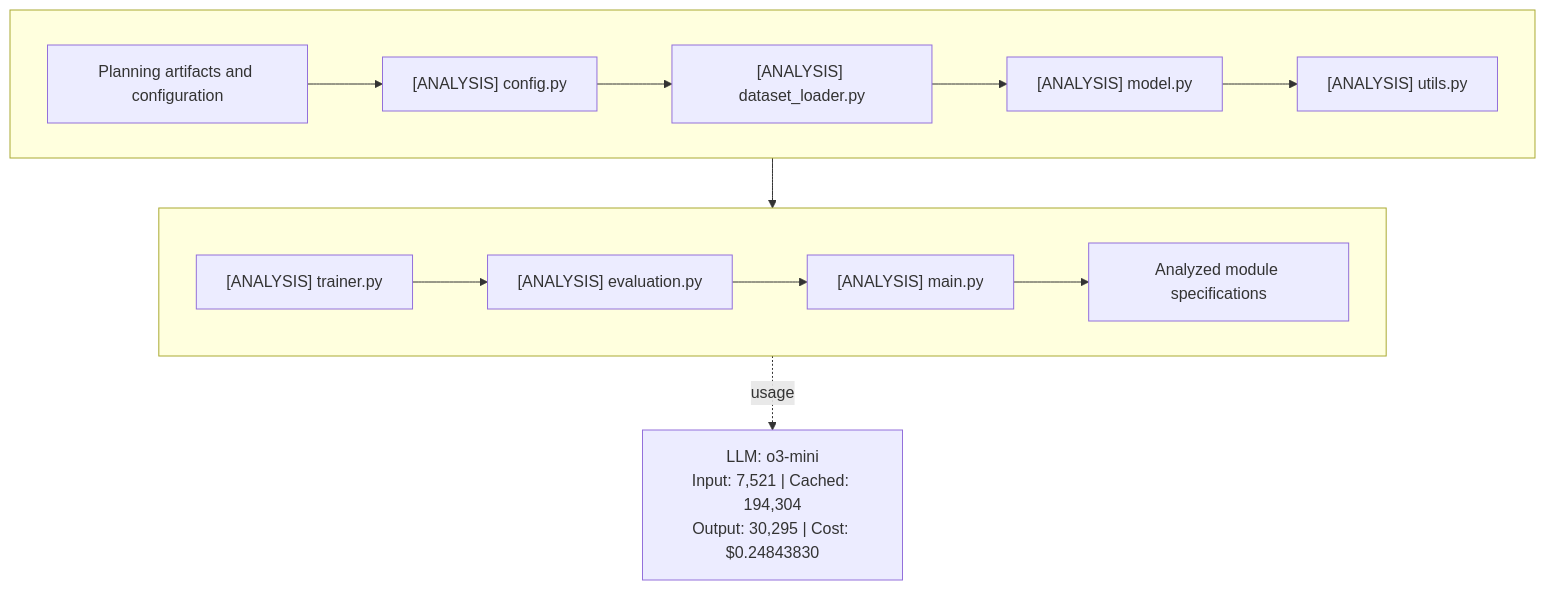
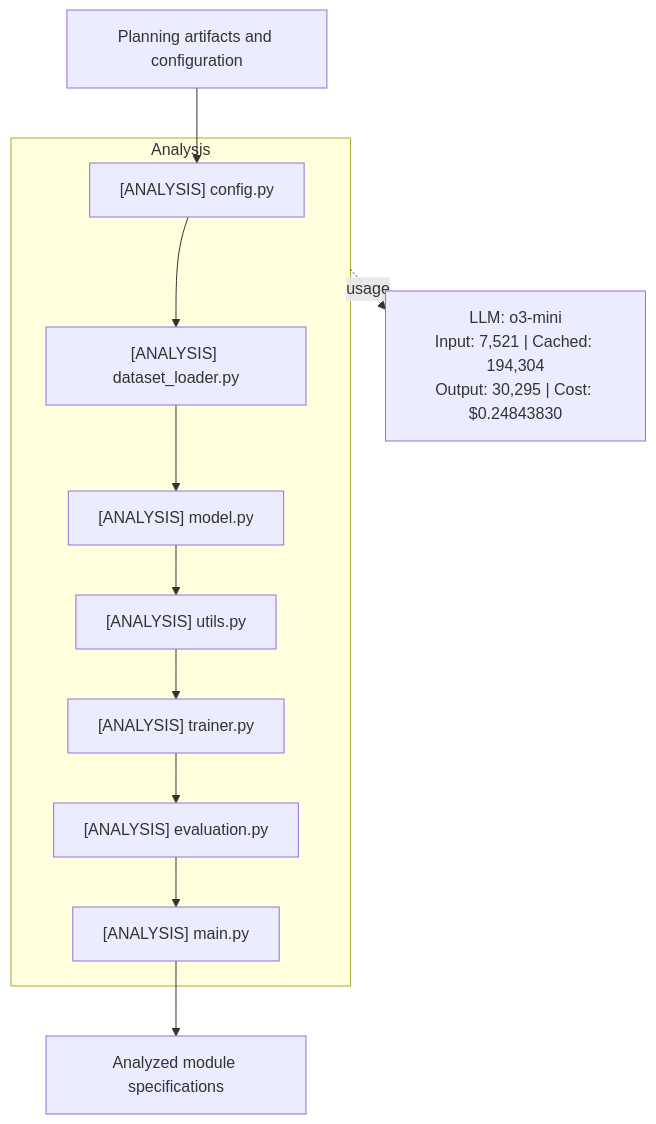
Before and after one commit to jimthompson5802/paper2code-ple: the third of 6 diagrams in README.md, drawn with Mermaid. The commit also changed other lines of this file, not shown here.

Commit message:
Refactor analysis and coding flowcharts in README.md for improved clarity and structure

````diff
--- a/README.md
+++ b/README.md
@@ -100,14 +100,15 @@
 ```mermaid
 flowchart TB
-  subgraph analysis_top[" "]
-    direction LR
-    input[Planning artifacts and configuration] --> cfg["[ANALYSIS] config.py"] --> loader["[ANALYSIS] dataset_loader.py"] --> model["[ANALYSIS] model.py"] --> utils["[ANALYSIS] utils.py"]
+  input[Planning artifacts and configuration]
+  subgraph analysis["Analysis"]
+    cfg["[ANALYSIS] config.py"] --> loader["[ANALYSIS] dataset_loader.py"] --> model["[ANALYSIS] model.py"] --> utils["[ANALYSIS] utils.py"]
+    trainer["[ANALYSIS] trainer.py"] --> evaluation["[ANALYSIS] evaluation.py"] --> main["[ANALYSIS] main.py"]
+    utils --> trainer
   end
-  subgraph analysis_bottom[" "]
-    direction LR
-    trainer["[ANALYSIS] trainer.py"] --> evaluation["[ANALYSIS] evaluation.py"] --> main["[ANALYSIS] main.py"] --> output[Analyzed module specifications]
-  end
-  utils --> trainer
+  output[Analyzed module specifications]
+
+  input --> cfg
+  main --> output
   analysis_usage["LLM: o3-mini<br/>Input: 7,521 | Cached: 194,304<br/>Output: 30,295 | Cost: $0.24843830"]
-  main -. usage .-> analysis_usage
+  analysis -. usage .-> analysis_usage
 ```
````
